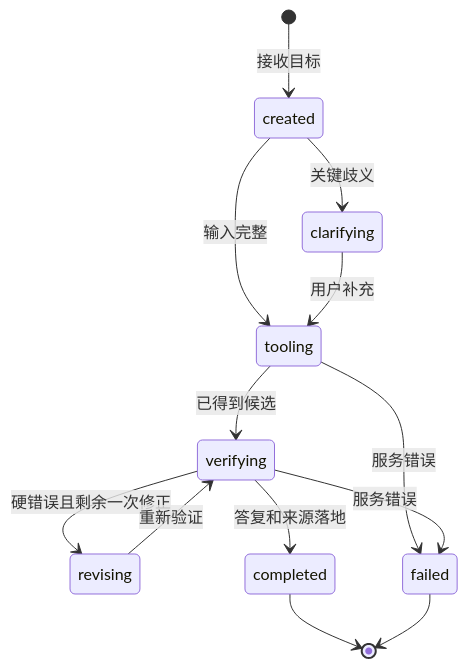
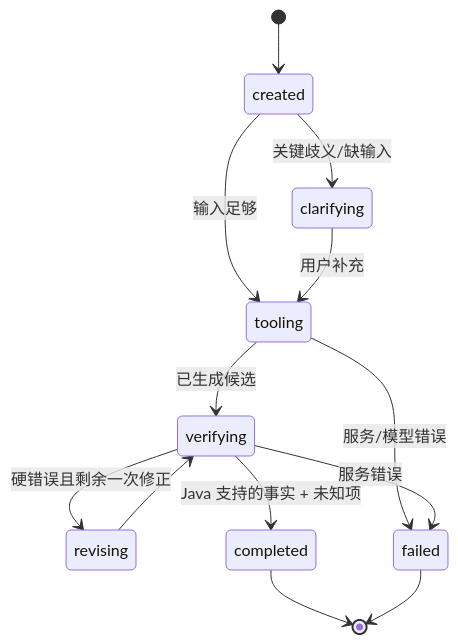
One commit to HelicasECoode42/CoursePilot-Evo changed the diagram in docs/04-infrastructure-workflow.md. Above: the diagram before and after it, drawn with Mermaid. The commit also changed other lines of this file and 32 other files, not shown here.

Commit message:
docs: design browser offering adapter and multi-round RSI architecture

````diff
--- a/docs/04-infrastructure-workflow.md
+++ b/docs/04-infrastructure-workflow.md
@@ -19,15 +38,15 @@
 ```mermaid
 stateDiagram-v2
-  [*] --> created: 接收目标
-  created --> clarifying: 关键歧义
-  created --> tooling: 输入完整
+  [*] --> created
+  created --> clarifying: 关键歧义/缺输入
+  created --> tooling: 输入足够
   clarifying --> tooling: 用户补充
-  tooling --> verifying: 已得到候选
+  tooling --> verifying: 已生成候选
   verifying --> revising: 硬错误且剩余一次修正
-  revising --> verifying: 重新验证
-  verifying --> completed: 答复和来源落地
-  tooling --> failed: 服务错误
+  revising --> verifying
+  verifying --> completed: Java 支持的事实 + 未知项
+  tooling --> failed: 服务/模型错误
   verifying --> failed: 服务错误
   completed --> [*]
   failed --> [*]
 ```
````
